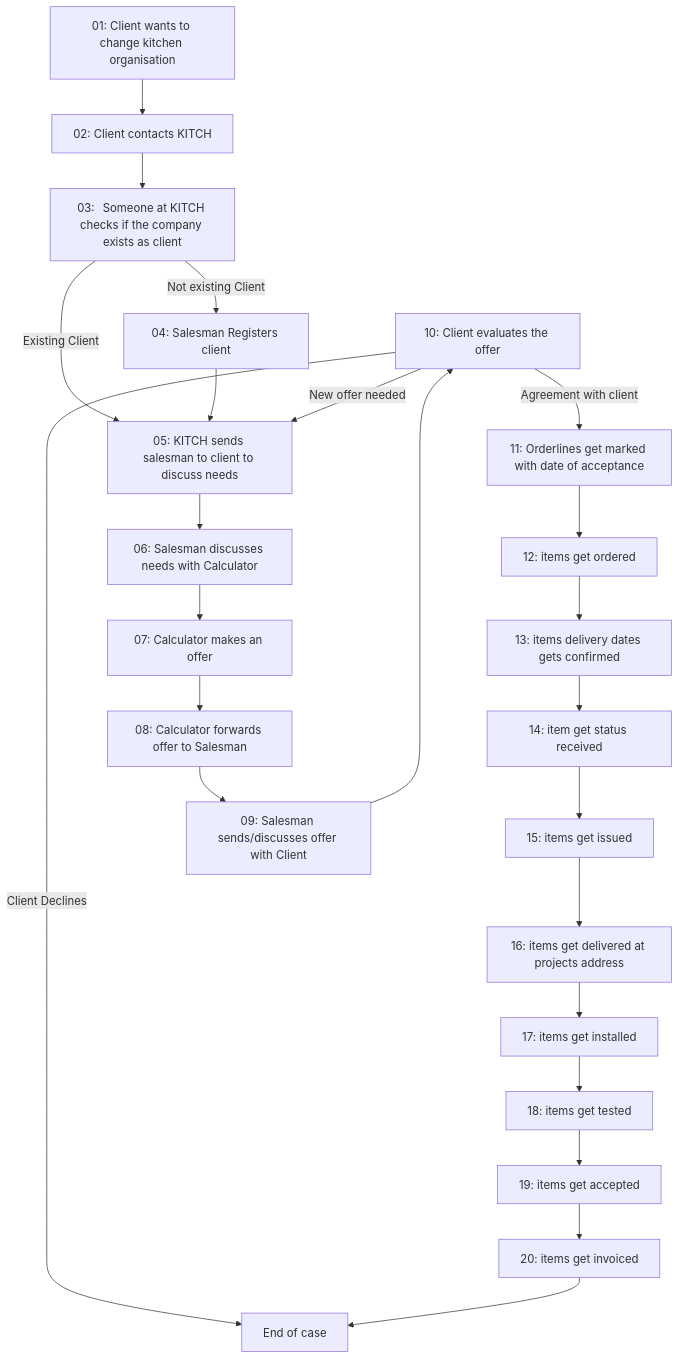
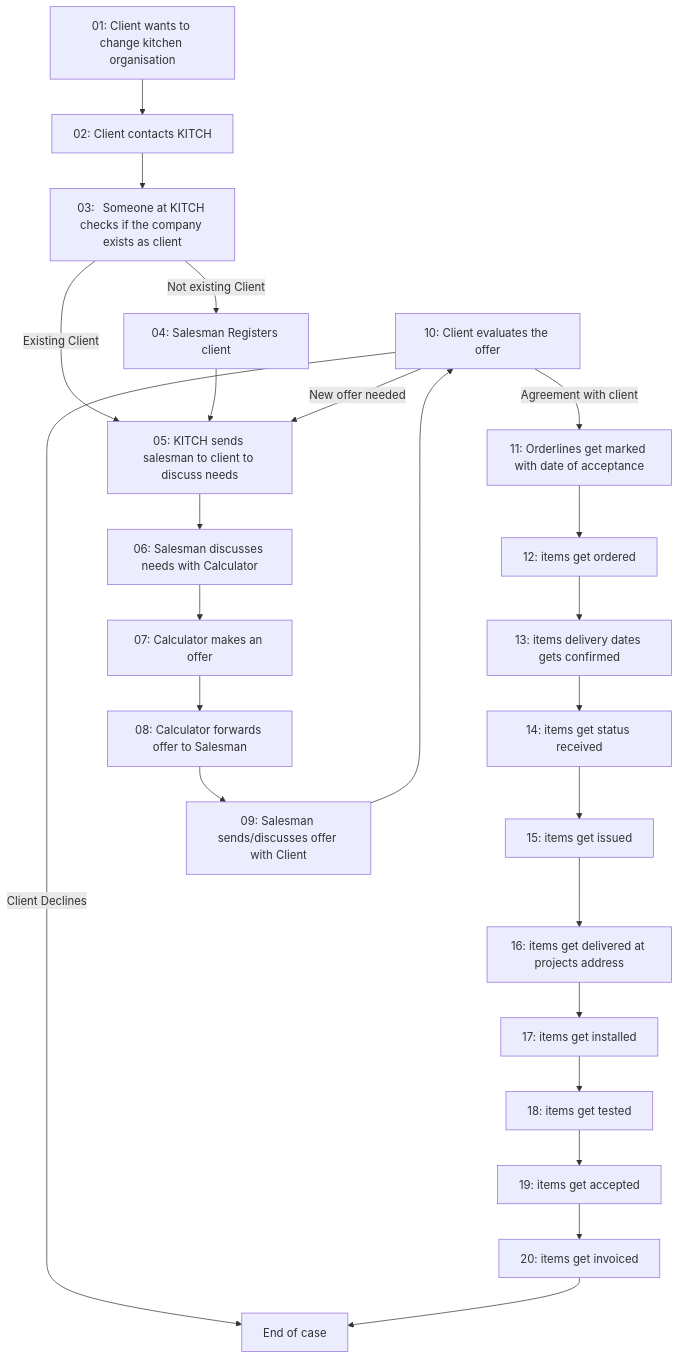
One commit to Benoit-Goethals/Kitch changed the diagram in UML/usecase_general_flow.md. Above: the diagram before and after it, drawn with Mermaid. The commit also changed other lines of this file, not shown here.

Commit message:
Fix typos and improve clarity in usecase_general_flow.md by correcting the description and ensuring consistent pluralization in item statuses.

````diff
--- a/UML/usecase_general_flow.md
+++ b/UML/usecase_general_flow.md
@@ -61,7 +62,7 @@
 	13 --> 14
 
 
-	14[14: item get status received]
+	14[14: items get status received]
 	14 --> 15
 
 
@@ -86,12 +87,9 @@
 
 
 	20[20: items get invoiced]
+	20 --> 99
 
 
+	99[End of case]
 
-
-
-
-	20 --> 99
-	99[End of case]
 ```
````
